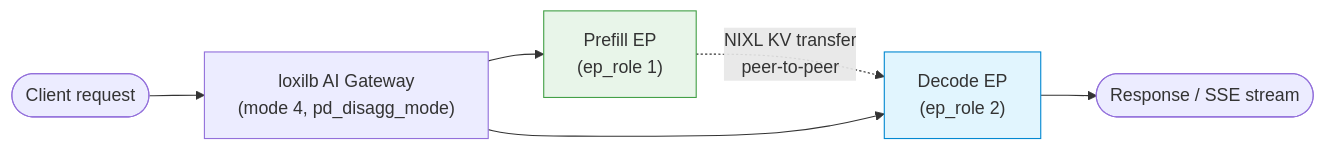
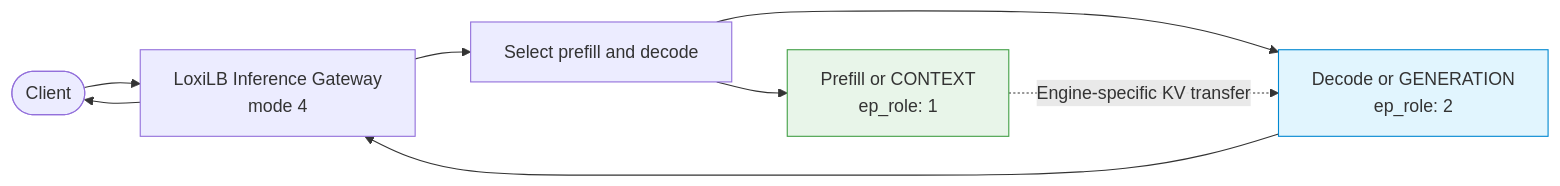
Before and after one commit to loxilb-io/loxilbdocs-inference-gateway: the first of 2 diagrams in docs/ai-gateway/pd-disaggregation.md, drawn with Mermaid. The commit also changed other lines of this file and 59 other files, not shown here.

First line of the commit message:
docs: sync inference gateway documentation (#17)

````diff
--- a/docs/ai-gateway/pd-disaggregation.md
+++ b/docs/ai-gateway/pd-disaggregation.md
@@ -14,11 +14,13 @@
 ```mermaid
 flowchart LR
-    REQ([Client request]) --> LB["loxilb AI Gateway<br/>(mode 4, pd_disagg_mode)"]
-    LB --> P["Prefill EP<br/>(ep_role 1)"]
-    P -.->|NIXL KV transfer<br/>peer-to-peer| D["Decode EP<br/>(ep_role 2)"]
-    LB --> D
-    D --> RESP([Response / SSE stream])
+    CLIENT([Client]) --> GW["LoxiLB Inference Gateway<br/>mode 4"]
+    GW --> SELECT["Select prefill and decode"]
+    SELECT --> P["Prefill or CONTEXT<br/>ep_role: 1"]
+    SELECT --> D["Decode or GENERATION<br/>ep_role: 2"]
+    P -.->|Engine-specific KV transfer| D
+    D --> GW
+    GW --> CLIENT
 
     style P fill:#e8f5e9,stroke:#43a047
     style D fill:#e1f5fe,stroke:#0288d1
 ```
````
